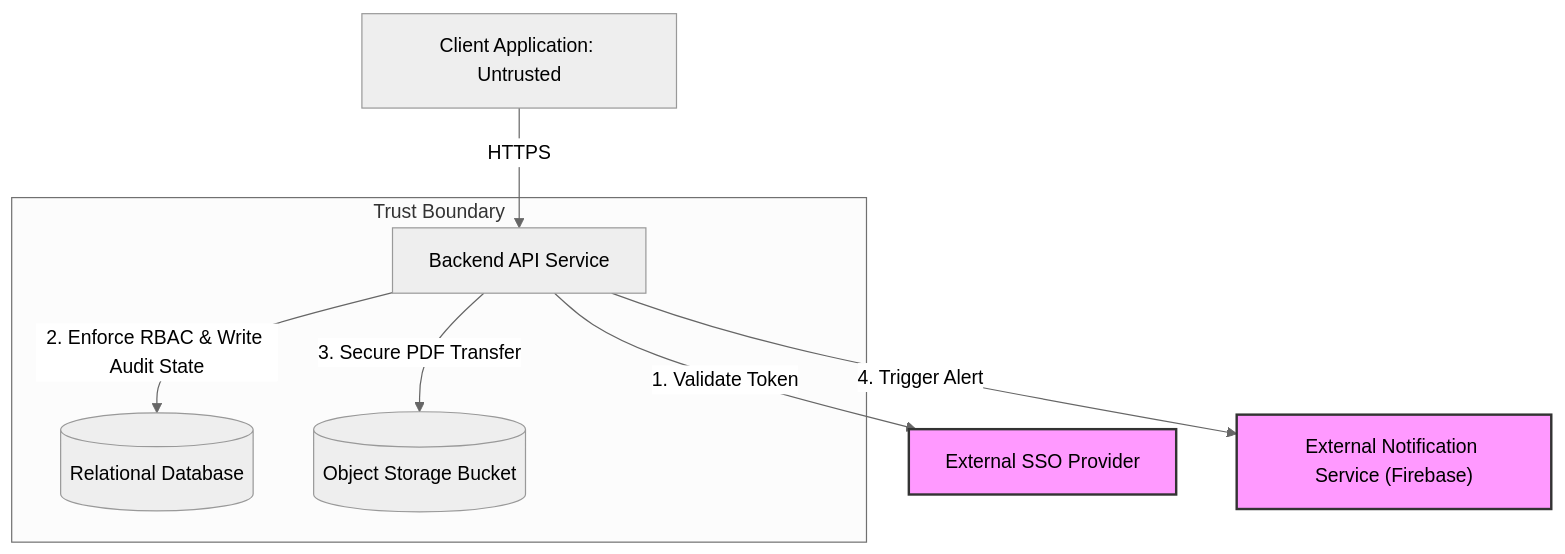
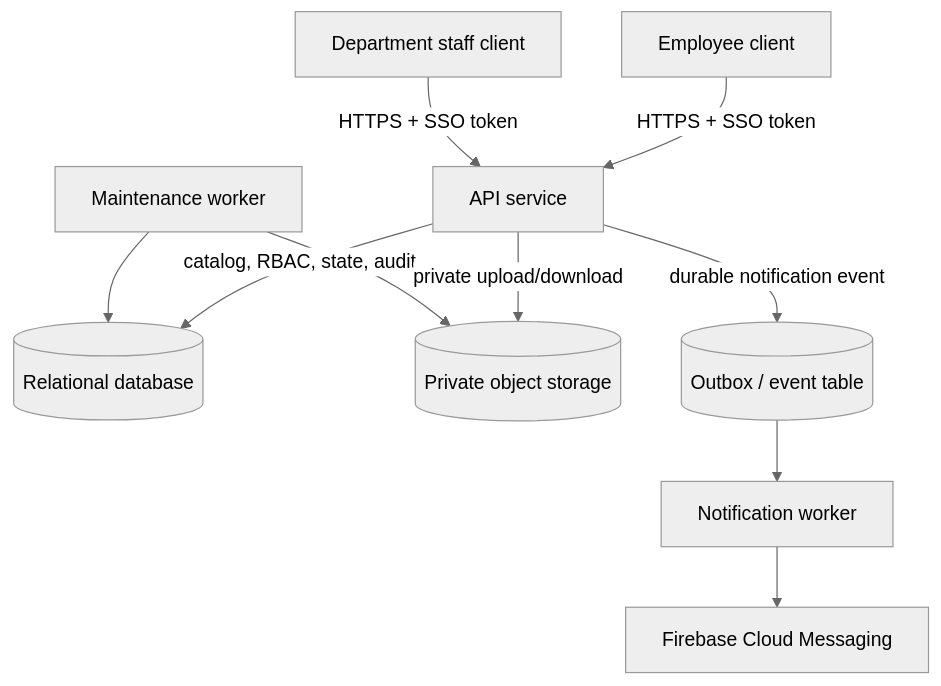
The diagram in docs/architecture.md (francois-maarbess/eurisko-hr-hub), drawn with Mermaid (neutral theme) before and after one commit. The commit also changed other lines of this file and 4 other files, not shown here.

Commit message:
Expand employee service hub specifications

````diff
--- a/docs/architecture.md
+++ b/docs/architecture.md
@@ -34,21 +27,12 @@
 ```mermaid
 flowchart TD
-    Client["Client Application: Untrusted"] -->|"HTTPS"| API["Backend API Service"]
-    
-    SSO["External SSO Provider"]
-    Notif["External Notification Service (Firebase)"]
-
-    subgraph Trust_Boundary ["Trust Boundary"]
-        API
-        DB[("Relational Database")]
-        Storage[("Object Storage Bucket")]
-    end
-
-    API -->|"1. Validate Token"| SSO
-    API -->|"2. Enforce RBAC & Write Audit State"| DB
-    API -->|"3. Secure PDF Transfer"| Storage
-    API -->|"4. Trigger Alert"| Notif
-
-    classDef external fill:#f9f,stroke:#333,stroke-width:2px,color:#000;
-    class SSO,Notif external;
+    Employee["Employee client"] -->|"HTTPS + SSO token"| API["API service"]
+    Agent["Department staff client"] -->|"HTTPS + SSO token"| API
+    API -->|"catalog, RBAC, state, audit"| DB[("Relational database")]
+    API -->|"private upload/download"| Store[("Private object storage")]
+    API -->|"durable notification event"| Events[("Outbox / event table")]
+    Events --> Worker["Notification worker"]
+    Worker --> Firebase["Firebase Cloud Messaging"]
+    Scheduler["Maintenance worker"] --> Store
+    Scheduler --> DB
 ```
````
